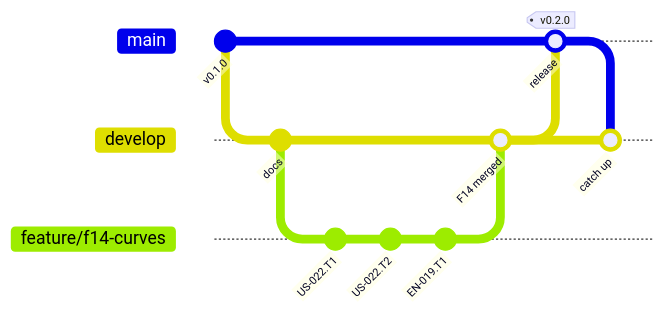
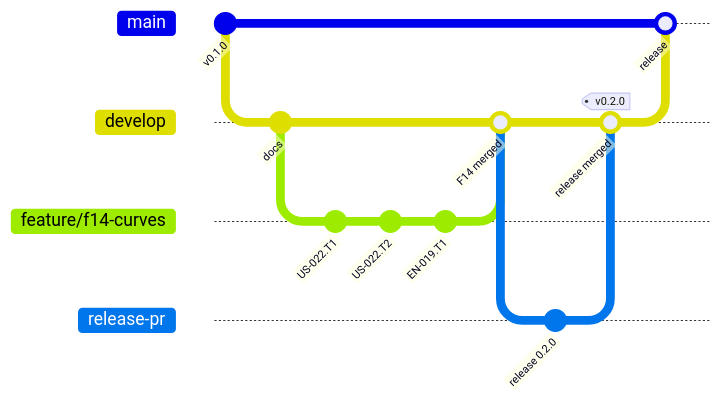
The diagram in docs/tooling/git-workflow.md (AlexandreGallais/synoptic-studio), drawn with Mermaid before and after one commit. The commit also changed other lines of this file and 9 other files, not shown here.

First line of the commit message:
ci(ci): open the release pull request on develop, only release on main

````diff
--- a/docs/tooling/git-workflow.md
+++ b/docs/tooling/git-workflow.md
@@ -26,18 +26,21 @@
 ```mermaid
 gitGraph
   commit id: "v0.1.0"
   branch develop
   checkout develop
   commit id: "docs"
   branch feature/f14-curves
   checkout feature/f14-curves
   commit id: "US-022.T1"
   commit id: "US-022.T2"
   commit id: "EN-019.T1"
   checkout develop
   merge feature/f14-curves id: "F14 merged"
+  branch release-pr
+  checkout release-pr
+  commit id: "release 0.2.0"
+  checkout develop
+  merge release-pr id: "release merged" tag: "v0.2.0"
   checkout main
-  merge develop id: "release" tag: "v0.2.0"
-  checkout develop
-  merge main id: "catch up"
+  merge develop id: "release"
 ```
````
